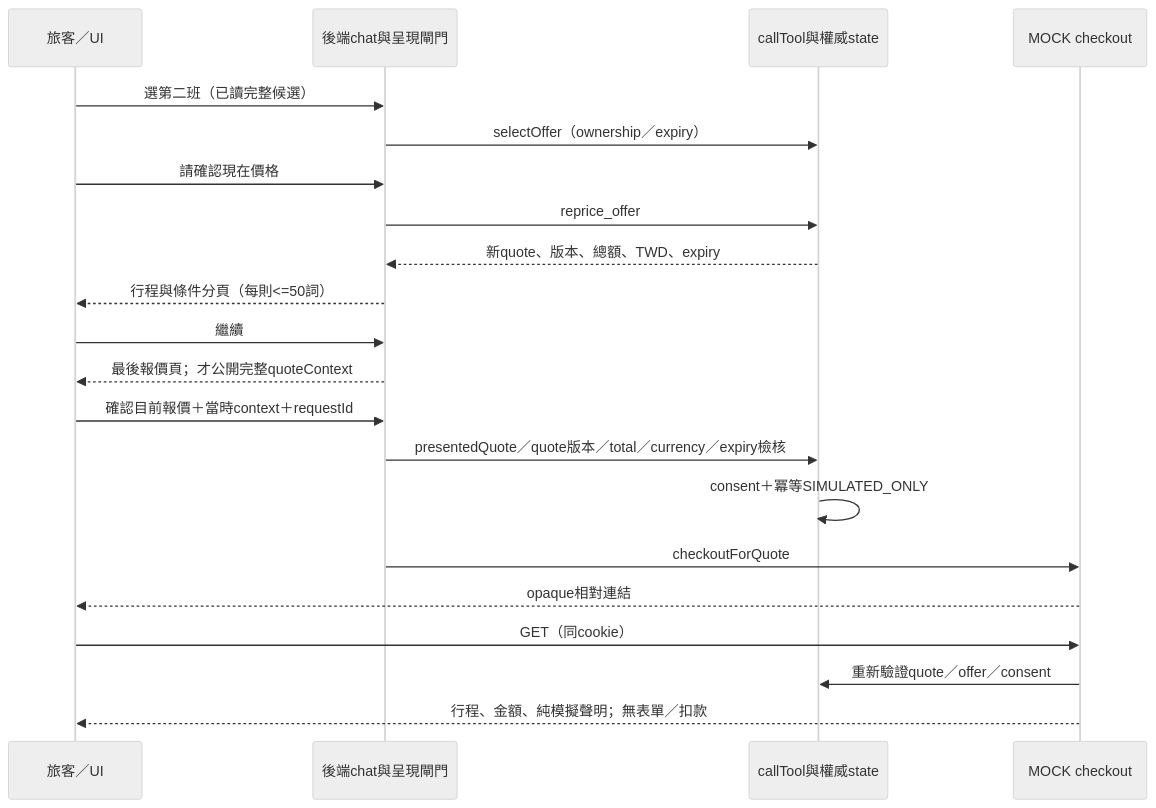
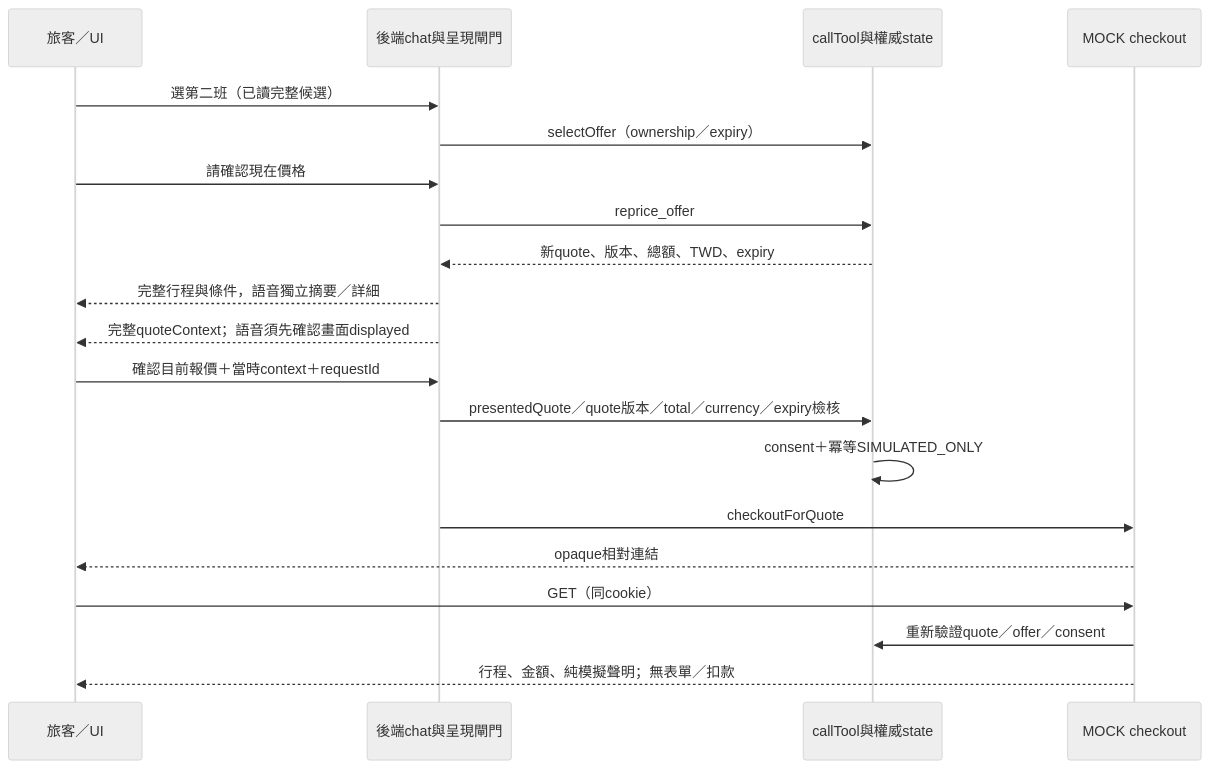
One commit to punmeng/travel-agent-with-voice-live changed the third of 4 diagrams in docs/SYSTEM-DESIGN.md. Above: the diagram before and after it, drawn with Mermaid (neutral theme). The commit also changed other lines of this file and 60 other files, not shown here.

First line of the commit message:
Consolidate shared journey and voice flows with review cleanup

````diff
--- a/docs/SYSTEM-DESIGN.md
+++ b/docs/SYSTEM-DESIGN.md
@@ -297,23 +299,22 @@
 ```mermaid
 sequenceDiagram
   participant U as 旅客／UI
   participant A as 後端chat與呈現閘門
   participant T as callTool與權威state
   participant C as MOCK checkout
   U->>A: 選第二班（已讀完整候選）
   A->>T: selectOffer（ownership／expiry）
   U->>A: 請確認現在價格
   A->>T: reprice_offer
   T-->>A: 新quote、版本、總額、TWD、expiry
-  A-->>U: 行程與條件分頁（每則<=50詞）
-  U->>A: 繼續
-  A-->>U: 最後報價頁；才公開完整quoteContext
+  A-->>U: 完整行程與條件，語音獨立摘要／詳細
+  A-->>U: 完整quoteContext；語音須先確認畫面displayed
   U->>A: 確認目前報價＋當時context＋requestId
   A->>T: presentedQuote／quote版本／total／currency／expiry檢核
   T->>T: consent＋冪等SIMULATED_ONLY
   A->>C: checkoutForQuote
   C-->>U: opaque相對連結
   U->>C: GET（同cookie）
   C->>T: 重新驗證quote／offer／consent
   C-->>U: 行程、金額、純模擬聲明；無表單／扣款
 ```
````
